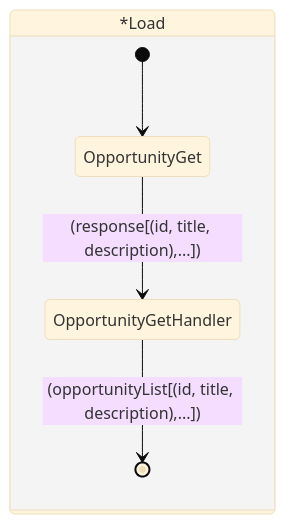
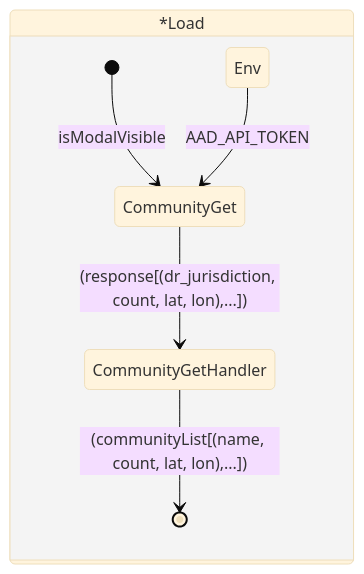
One commit to Wilfongjt/lb-A changed diagram 14 of 37 in README.md. Above: the diagram before and after it, drawn with Mermaid. The commit also changed other lines of this file, not shown here.

````diff
--- a/README.md
+++ b/README.md
@@ -204,14 +259,15 @@
 ```mermaid
 
 %%{init: {'securityLevel': 'loose', 'theme':'base'}}%%
 stateDiagram
  
  state *Load
      {
-    [*] --> OpportunityGet
-    OpportunityGet --> OpportunityGetHandler : (response[(id, title, description),...])
-    OpportunityGetHandler --> [*] : (opportunityList[(id, title, description),...])
+    [*] --> CommunityGet : isModalVisible
+    Env --> CommunityGet : AAD_API_TOKEN
+    CommunityGet --> CommunityGetHandler : (response[(dr_jurisdiction, count, lat, lon),...])
+    CommunityGetHandler --> [*] : (communityList[(name, count, lat, lon),...])
   }
  
  
 ```
````
